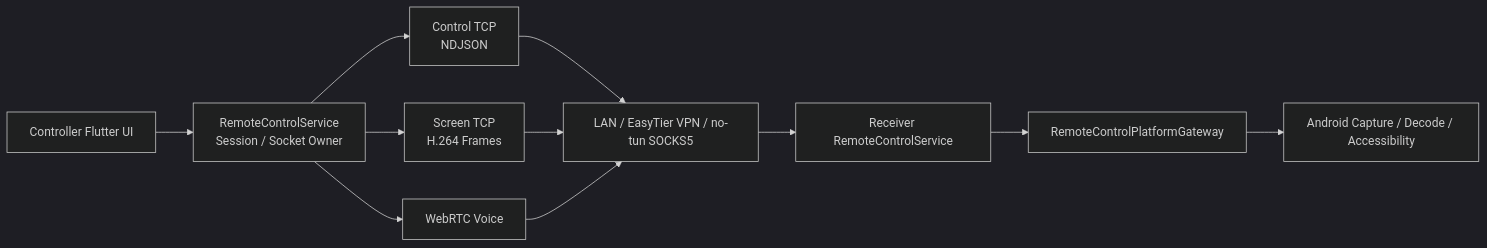
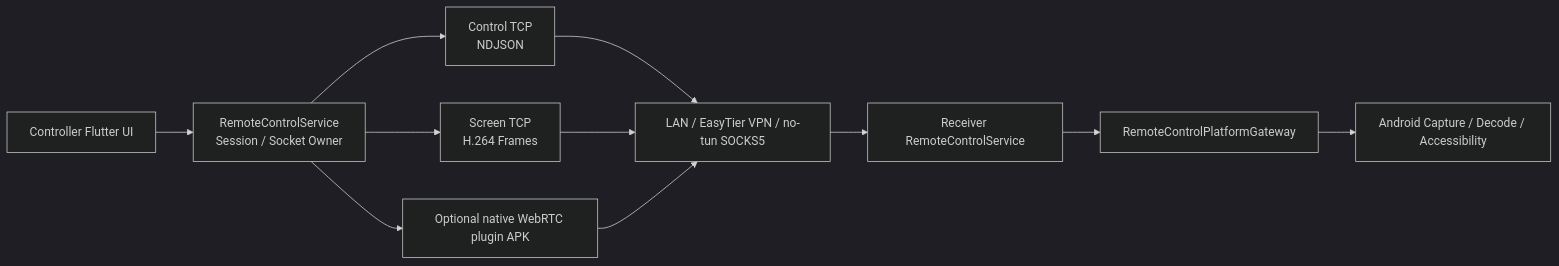
Before and after one commit to Easul/lightly: the first of 2 diagrams in docs/remote-control-architecture.en.md, drawn with Mermaid (dark theme). The commit also changed other lines of this file and 24 other files, not shown here.

````diff
--- a/docs/remote-control-architecture.en.md
+++ b/docs/remote-control-architecture.en.md
@@ -20,21 +20,21 @@
 ```mermaid
 flowchart LR
     CONTROLLER[Controller Flutter UI]
     SERVICE[RemoteControlService<br/>Session / Socket Owner]
     CONTROL[Control TCP<br/>NDJSON]
     SCREEN[Screen TCP<br/>H.264 Frames]
-    VOICE[WebRTC Voice]
+    VOICE[Optional native WebRTC plugin APK]
     RECEIVER[Receiver RemoteControlService]
     GATEWAY[RemoteControlPlatformGateway]
     NATIVE[Android Capture / Decode / Accessibility]
     EASY[LAN / EasyTier VPN / no-tun SOCKS5]
 
     CONTROLLER --> SERVICE
     SERVICE --> CONTROL
     SERVICE --> SCREEN
     SERVICE --> VOICE
     CONTROL --> EASY --> RECEIVER
     SCREEN --> EASY
     VOICE --> EASY
     RECEIVER --> GATEWAY --> NATIVE
 ```
````
